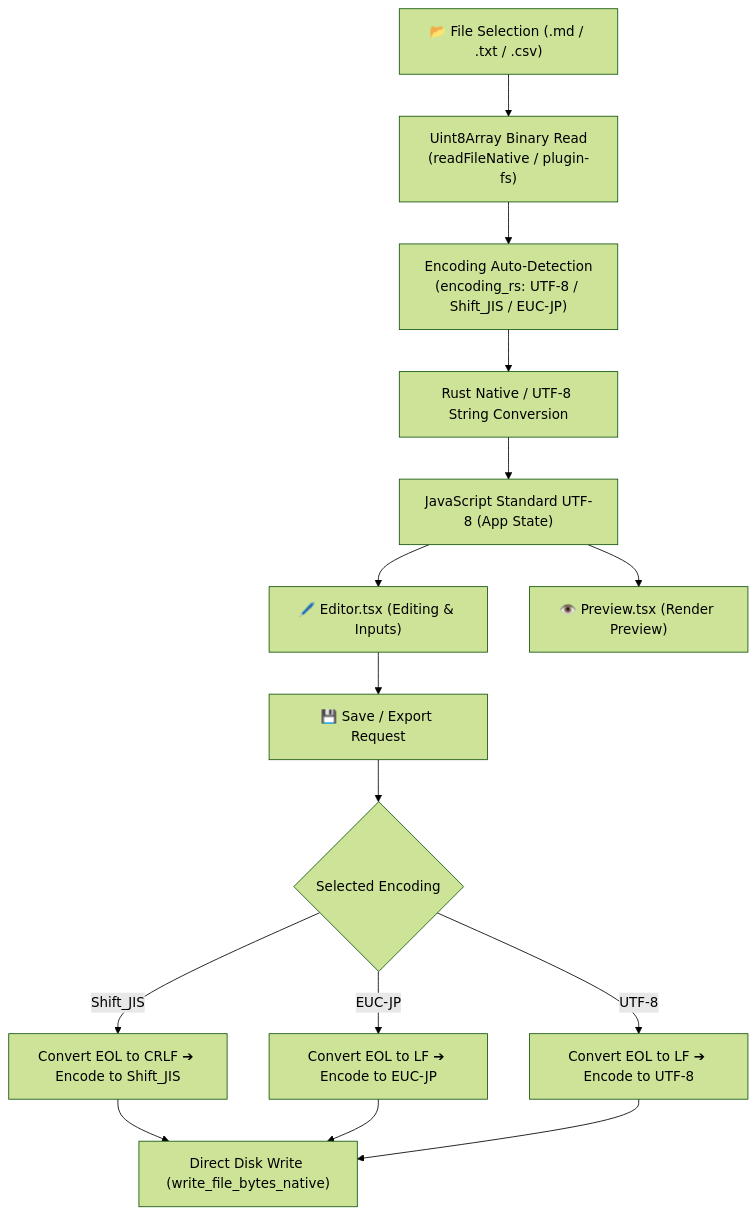
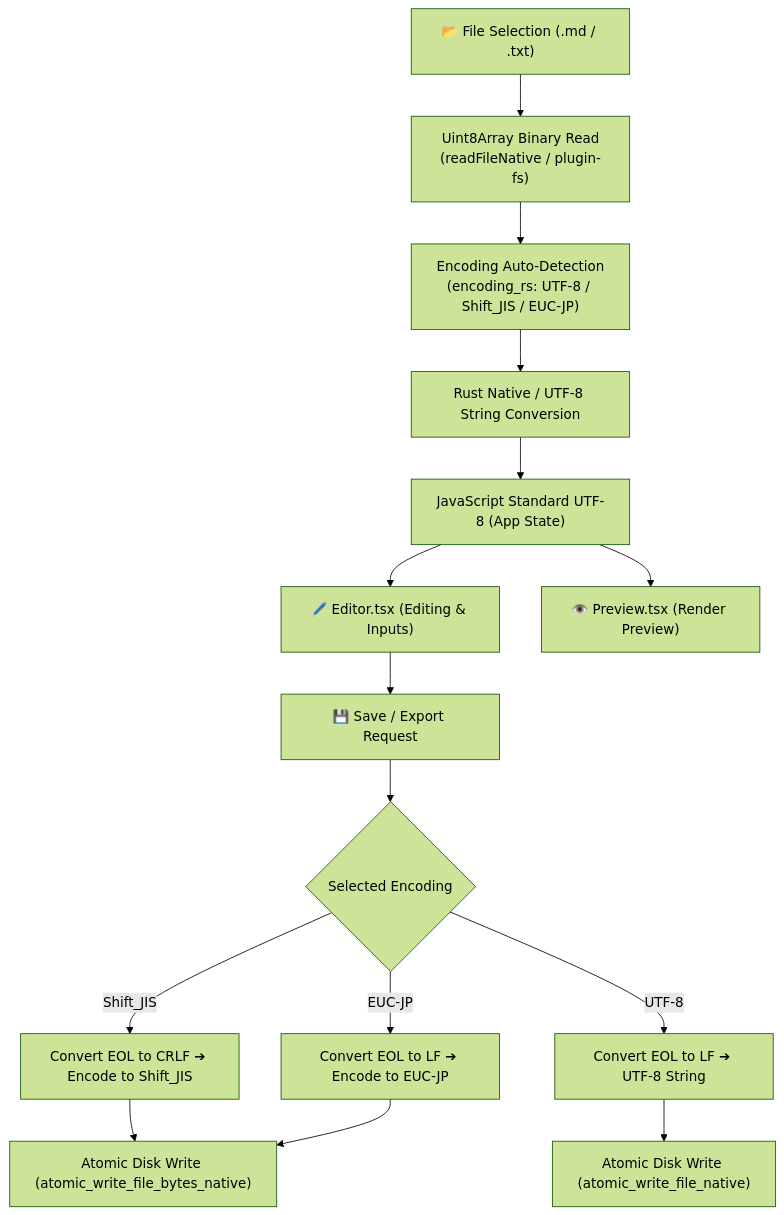
Before and after one commit to tkshnkgwr/QuMaEditor: the second of 4 diagrams in docs/en/ARCHITECTURE.md, drawn with Mermaid (forest theme). The commit also changed 32 other files, not shown here.

````diff
--- a/docs/en/ARCHITECTURE.md
+++ b/docs/en/ARCHITECTURE.md
@@ -49,21 +49,21 @@
 ```mermaid
 flowchart TD
-    FileSel["📂 File Selection (.md / .txt / .csv)"] --> ReadData["Uint8Array Binary Read<br/>(readFileNative / plugin-fs)"]
+    FileSel["📂 File Selection (.md / .txt)"] --> ReadData["Uint8Array Binary Read<br/>(readFileNative / plugin-fs)"]
     ReadData --> DetectEnc["Encoding Auto-Detection<br/>(encoding_rs: UTF-8 / Shift_JIS / EUC-JP)"]
     DetectEnc --> ToUtf8["Rust Native / UTF-8 String Conversion"]
     ToUtf8 --> AppState["JavaScript Standard UTF-8 (App State)"]
 
     AppState --> Editor["🖊️ Editor.tsx (Editing & Inputs)"]
     AppState --> Preview["👁️ Preview.tsx (Render Preview)"]
 
     Editor --> ExportReq["💾 Save / Export Request"]
     ExportReq --> EncSel{"Selected Encoding"}
 
     EncSel -->|"Shift_JIS"| EncSJIS["Convert EOL to CRLF ➔ Encode to Shift_JIS"]
     EncSel -->|"EUC-JP"| EncEUC["Convert EOL to LF ➔ Encode to EUC-JP"]
-    EncSel -->|"UTF-8"| EncUTF8["Convert EOL to LF ➔ Encode to UTF-8"]
+    EncSel -->|"UTF-8"| EncUTF8["Convert EOL to LF ➔ UTF-8 String"]
 
-    EncSJIS --> SaveDirect["Direct Disk Write (write_file_bytes_native)"]
+    EncSJIS --> SaveDirect["Atomic Disk Write (atomic_write_file_bytes_native)"]
     EncEUC --> SaveDirect
-    EncUTF8 --> SaveDirect
+    EncUTF8 --> SaveUtf8["Atomic Disk Write (atomic_write_file_native)"]
 ```
````
